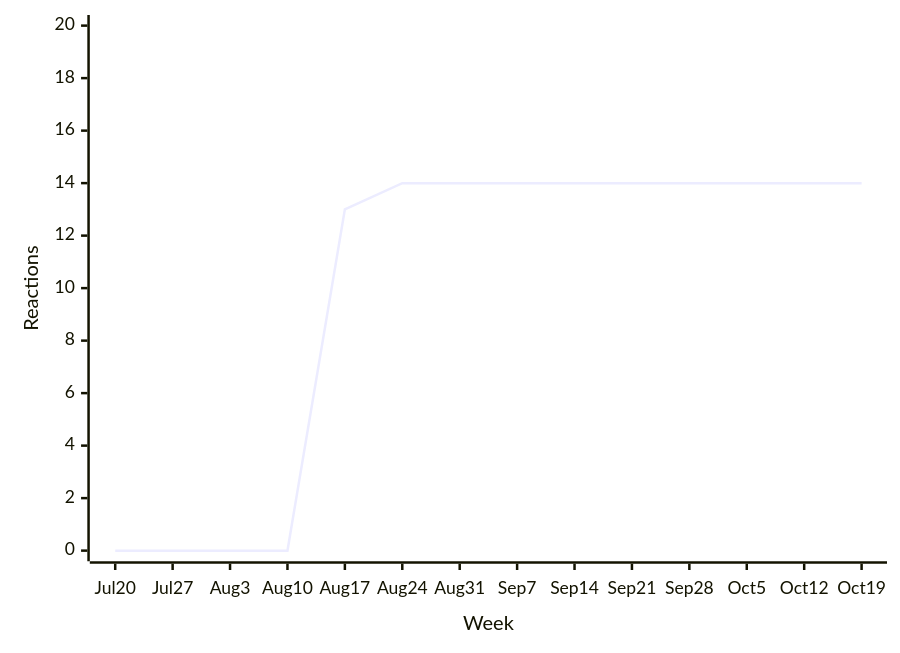
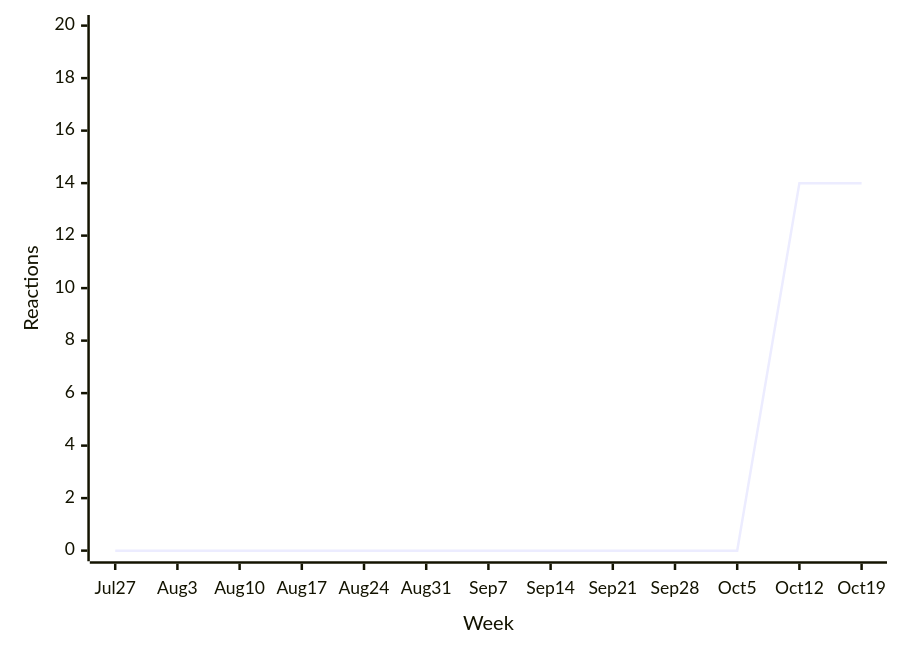
The tenth of 39 diagrams in README.md (loic-sharma/github-insights), drawn with Mermaid before and after one commit. The commit also changed other lines of this file and 3 other files, not shown here.

````diff
--- a/README.md
+++ b/README.md
@@ -494,6 +477,6 @@
   ```mermaid
   xychart-beta
-    x-axis "Week" [Jul 20, Jul 27, Aug 3, Aug 10, Aug 17, Aug 24, Aug 31, Sep 7, Sep 14, Sep 21, Sep 28, Oct 5, Oct 12, Oct 19]
+    x-axis "Week" [Jul 27, Aug 3, Aug 10, Aug 17, Aug 24, Aug 31, Sep 7, Sep 14, Sep 21, Sep 28, Oct 5, Oct 12, Oct 19]
     y-axis "Reactions" 0 --> 20
-    line [0, 0, 0, 0, 13, 14, 14, 14, 14, 14, 14, 14, 14, 14]
+    line [0, 0, 0, 0, 0, 0, 0, 0, 0, 0, 0, 14, 14]
   ```
````
